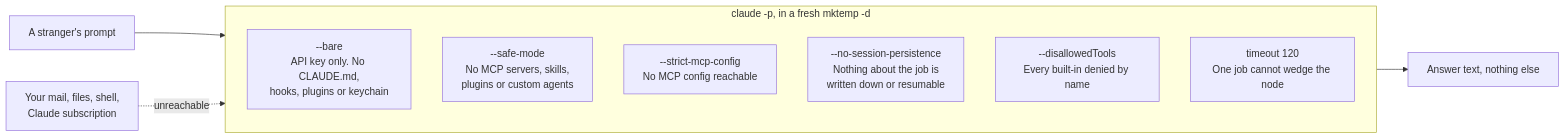
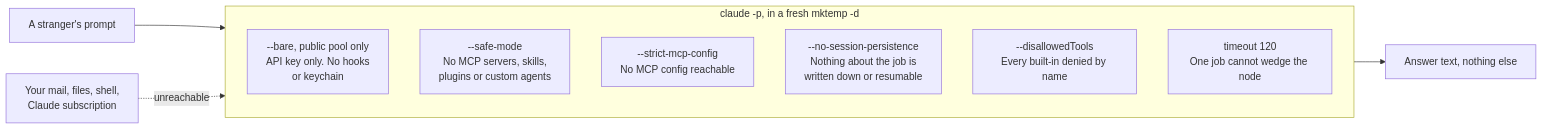
Before and after one commit to EnesYilmazcode/relaybee: the first of 2 diagrams in README.md, drawn with Mermaid. The commit also changed other lines of this file and 4 other files, not shown here.

First line of the commit message:
fix(supporter): answer your own calls on your Claude login, not an API key

````diff
--- a/README.md
+++ b/README.md
@@ -158,17 +160,17 @@
 ```mermaid
 flowchart LR
   P["A stranger's prompt"] --> G
 
   subgraph G ["claude -p, in a fresh mktemp -d"]
     direction TB
-    B1["--bare<br/>API key only. No CLAUDE.md,<br/>hooks, plugins or keychain"]
+    B1["--bare, public pool only<br/>API key only. No hooks<br/>or keychain"]
     B2["--safe-mode<br/>No MCP servers, skills,<br/>plugins or custom agents"]
     B3["--strict-mcp-config<br/>No MCP config reachable"]
     B4["--no-session-persistence<br/>Nothing about the job is<br/>written down or resumable"]
     B5["--disallowedTools<br/>Every built-in denied by name"]
     B6["timeout 120<br/>One job cannot wedge the node"]
   end
 
   G --> A["Answer text, nothing else"]
   X["Your mail, files, shell,<br/>Claude subscription"] -. unreachable .-> G
 ```
````
